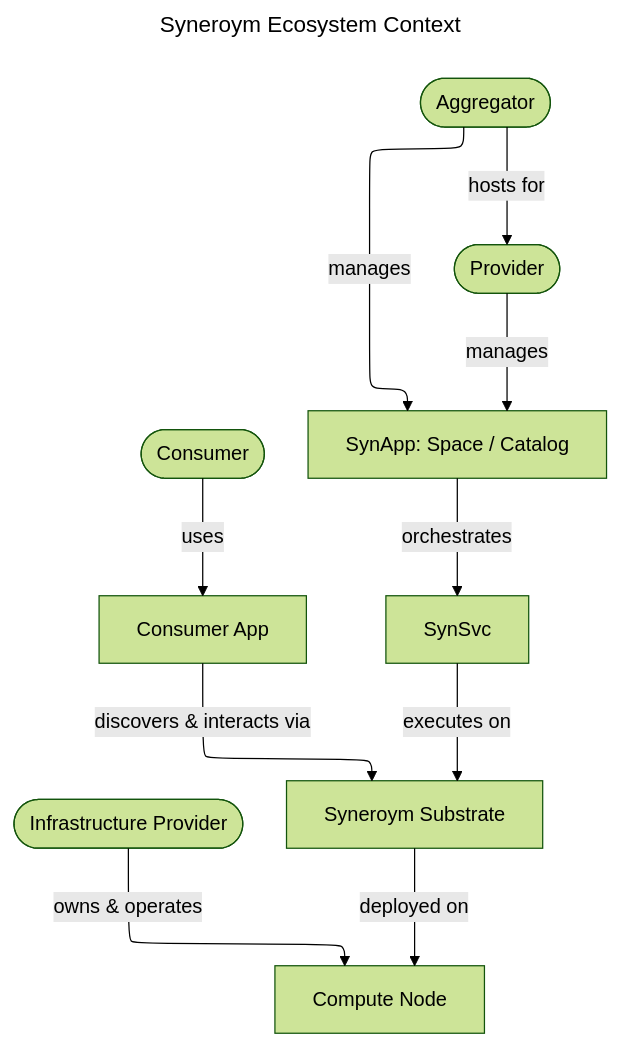
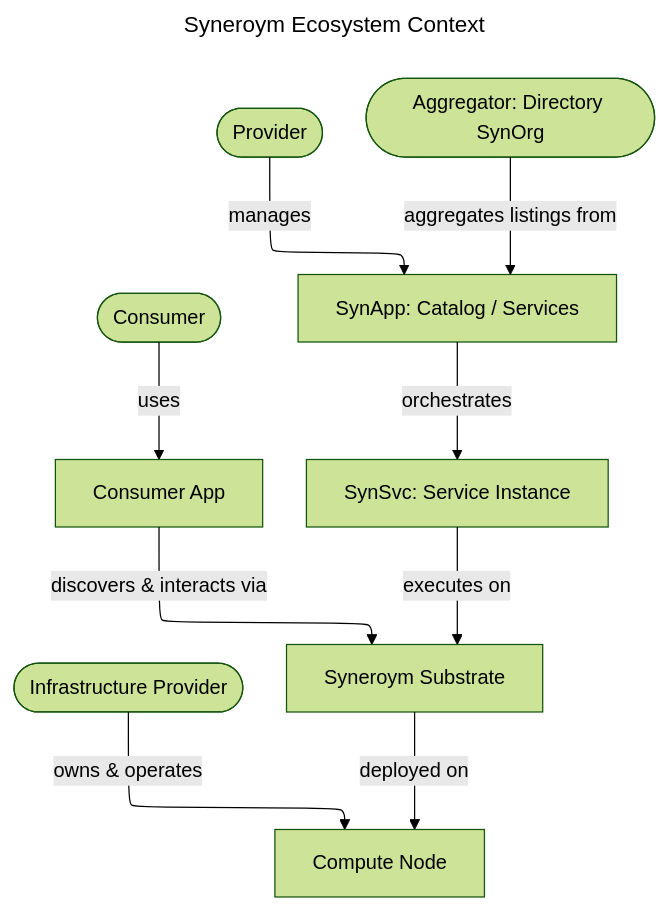
The first of 2 diagrams in docs/system-requirements-spec.md (syneroym/syneroym), drawn with Mermaid (forest theme) before and after one commit. The commit also changed other lines of this file and 7 other files, not shown here.

````diff
--- a/docs/system-requirements-spec.md
+++ b/docs/system-requirements-spec.md
@@ -225,29 +206,29 @@
 ```mermaid
 ---
 title: Syneroym Ecosystem Context
 config:
     layout: elk
 ---
 flowchart TD
     Consumer([Consumer])
     Provider([Provider])
-    Aggregator([Aggregator])
+    Aggregator([Aggregator: Directory SynOrg])
     InfraProv([Infrastructure Provider])
     
     ConsumerApp[Consumer App]
-    SynApp[SynApp: Space / Catalog]
+    SynApp[SynApp: Catalog / Services]
+    SynSvc[SynSvc: Service Instance]
     Substrate[Syneroym Substrate]
     Node[Compute Node]
 
     Consumer -->|uses| ConsumerApp
     ConsumerApp -->|discovers & interacts via| Substrate
     
     Provider -->|manages| SynApp
-    Aggregator -->|hosts for| Provider
-    Aggregator -->|manages| SynApp
+    Aggregator -->|aggregates listings from| SynApp
     
     SynSvc -->|executes on| Substrate
     SynApp -->|orchestrates| SynSvc
     Substrate -->|deployed on| Node
     InfraProv -->|owns & operates| Node
 ```
````
